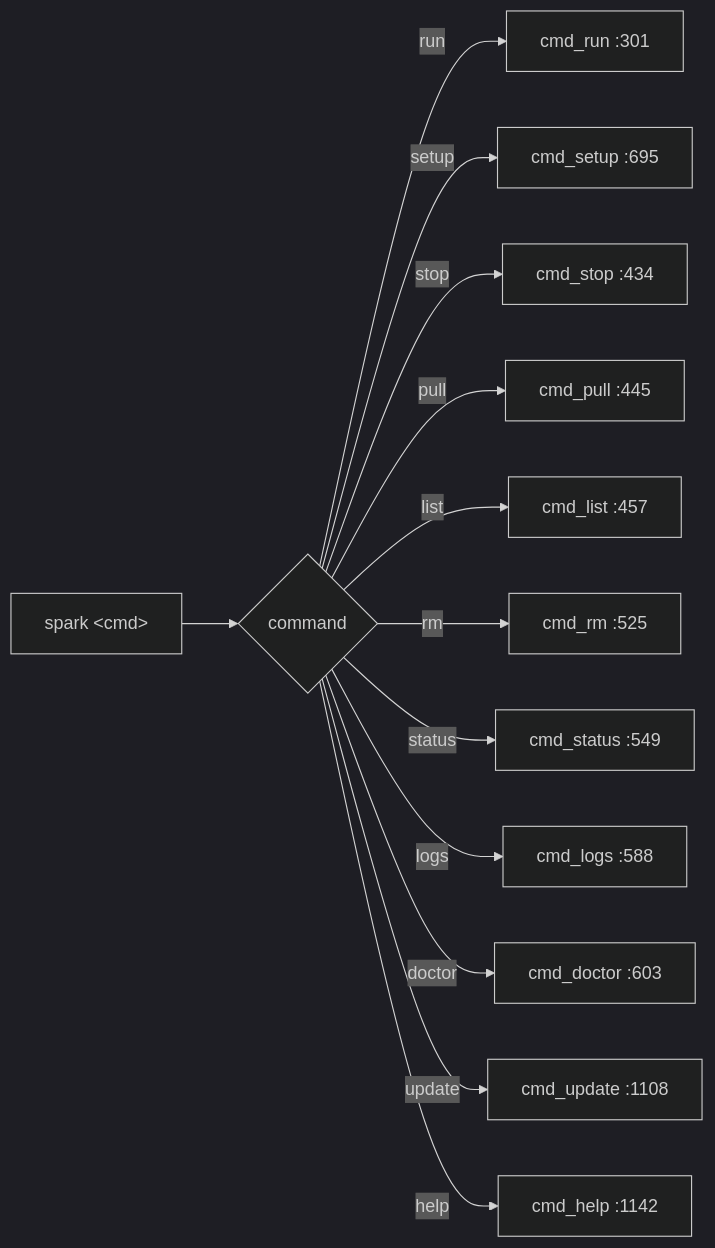
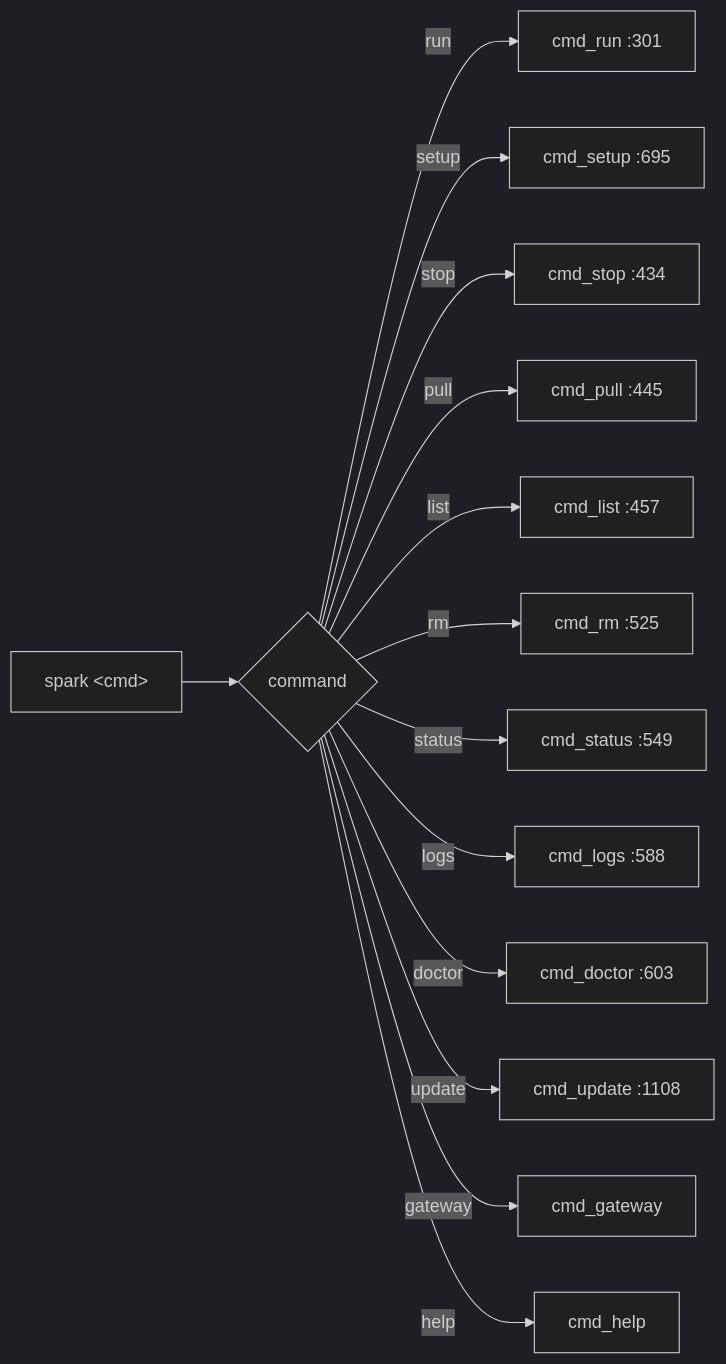
One commit to massimo92/spark changed the first of 4 diagrams in docs/flow.md. Above: the diagram before and after it, drawn with Mermaid (dark theme). The commit also changed other lines of this file and 1 other file, not shown here.

First line of the commit message:
feat: add LiteLLM gateway for unified local + cloud model serving

````diff
--- a/docs/flow.md
+++ b/docs/flow.md
@@ -7,15 +7,16 @@
 ```mermaid
 flowchart LR
     start["spark &lt;cmd&gt;"] --> dispatch{command}
     dispatch -->|run| run["cmd_run :301"]
     dispatch -->|setup| setup["cmd_setup :695"]
     dispatch -->|stop| stop["cmd_stop :434"]
     dispatch -->|pull| pull["cmd_pull :445"]
     dispatch -->|list| list["cmd_list :457"]
     dispatch -->|rm| rm["cmd_rm :525"]
     dispatch -->|status| status["cmd_status :549"]
     dispatch -->|logs| logs["cmd_logs :588"]
     dispatch -->|doctor| doctor["cmd_doctor :603"]
     dispatch -->|update| update["cmd_update :1108"]
-    dispatch -->|help| help["cmd_help :1142"]
+    dispatch -->|gateway| gateway["cmd_gateway"]
+    dispatch -->|help| help["cmd_help"]
 ```
````
